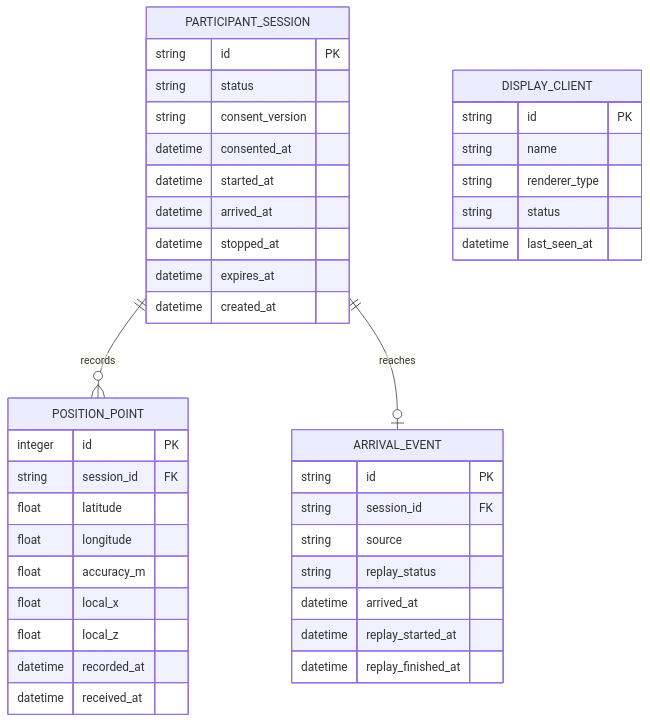
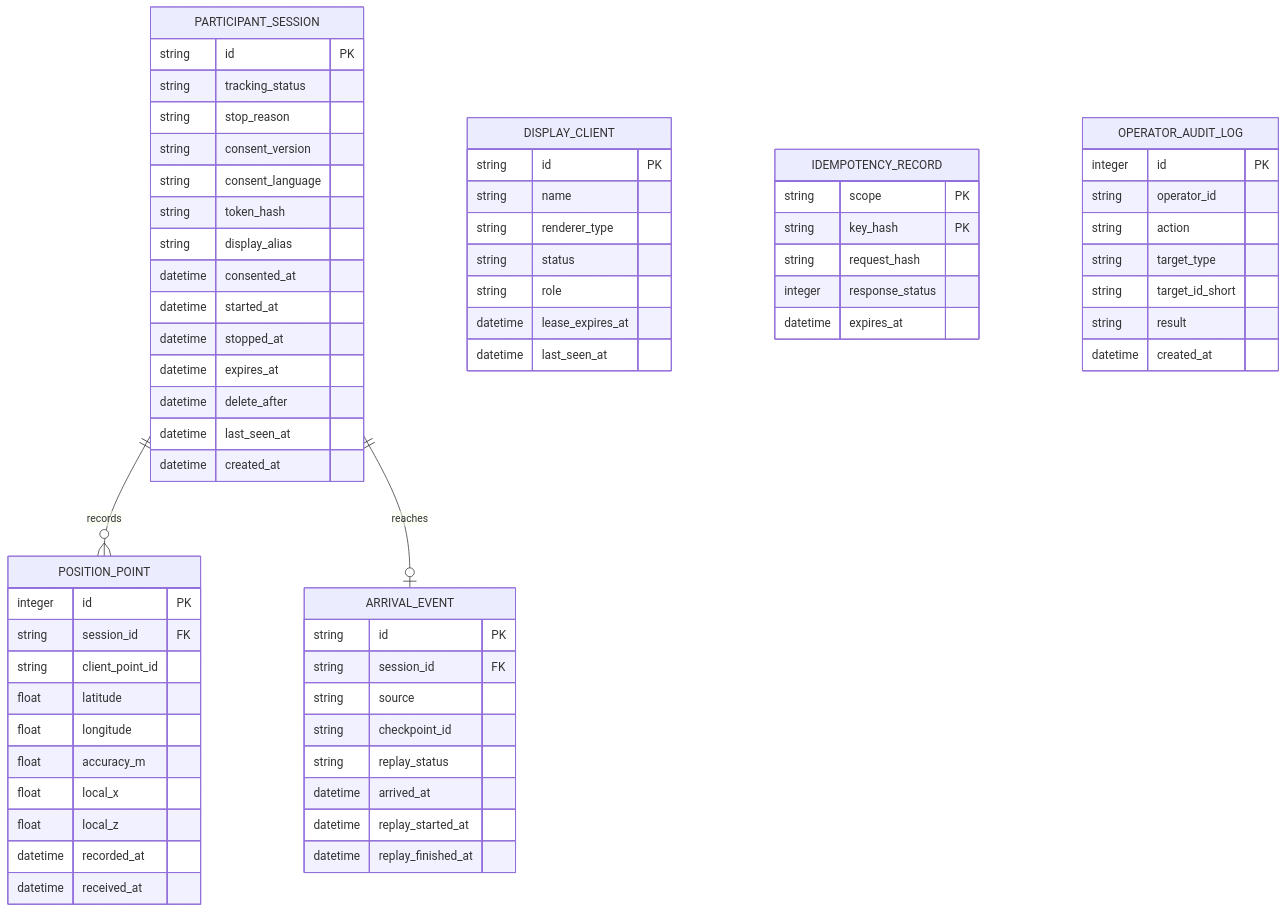
The diagram in docs/data-model.md (Mino829/trace-campus-installation), drawn with Mermaid before and after one commit. The commit also changed other lines of this file and 17 other files, not shown here.

````diff
--- a/docs/data-model.md
+++ b/docs/data-model.md
@@ -13,47 +15,74 @@
 ```mermaid
 erDiagram
     PARTICIPANT_SESSION ||--o{ POSITION_POINT : records
     PARTICIPANT_SESSION ||--o| ARRIVAL_EVENT : reaches
 
     PARTICIPANT_SESSION {
         string id PK
-        string status
+        string tracking_status
+        string stop_reason
         string consent_version
+        string consent_language
+        string token_hash
+        string display_alias
         datetime consented_at
         datetime started_at
-        datetime arrived_at
         datetime stopped_at
         datetime expires_at
+        datetime delete_after
+        datetime last_seen_at
         datetime created_at
     }
 
     POSITION_POINT {
         integer id PK
         string session_id FK
+        string client_point_id
         float latitude
         float longitude
         float accuracy_m
         float local_x
         float local_z
         datetime recorded_at
         datetime received_at
     }
 
     ARRIVAL_EVENT {
         string id PK
         string session_id FK
         string source
+        string checkpoint_id
         string replay_status
         datetime arrived_at
         datetime replay_started_at
         datetime replay_finished_at
     }
 
     DISPLAY_CLIENT {
         string id PK
         string name
         string renderer_type
         string status
+        string role
+        datetime lease_expires_at
         datetime last_seen_at
     }
+
+    IDEMPOTENCY_RECORD {
+        string scope PK
+        string key_hash PK
+        string request_hash
+        integer response_status
+        datetime expires_at
+    }
+
+    OPERATOR_AUDIT_LOG {
+        integer id PK
+        string operator_id
+        string action
+        string target_type
+        string target_id_short
+        string result
+        datetime created_at
+    }
 ```
````
